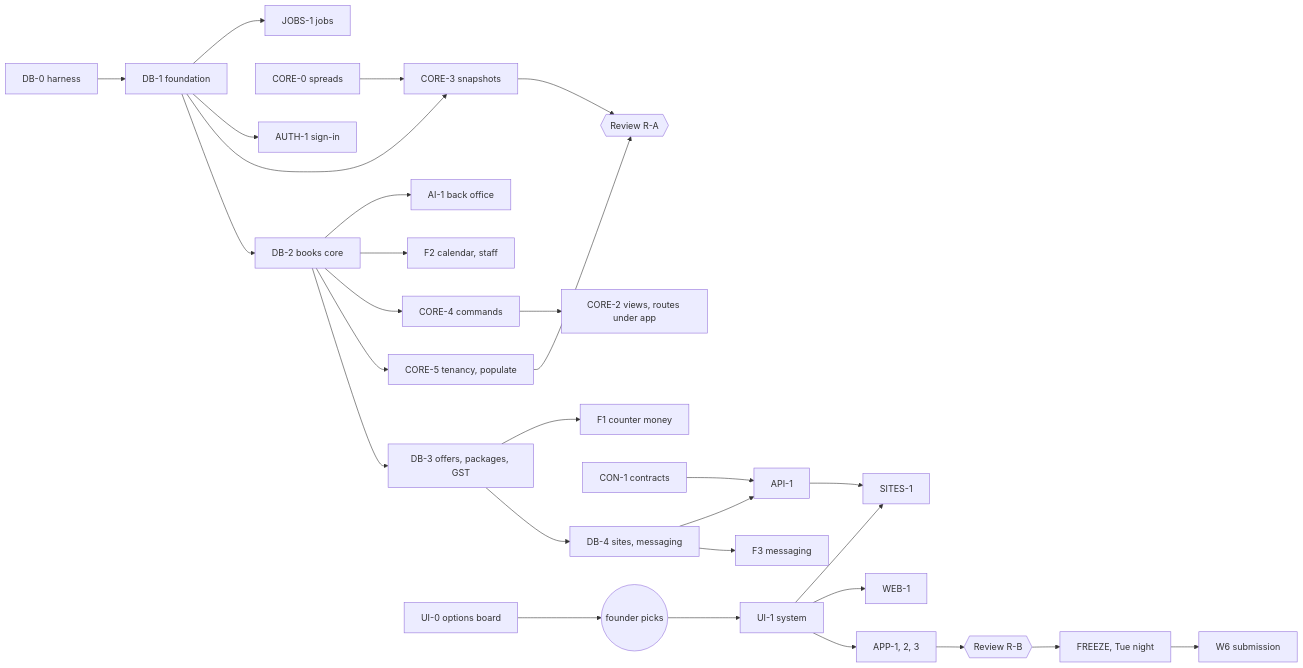
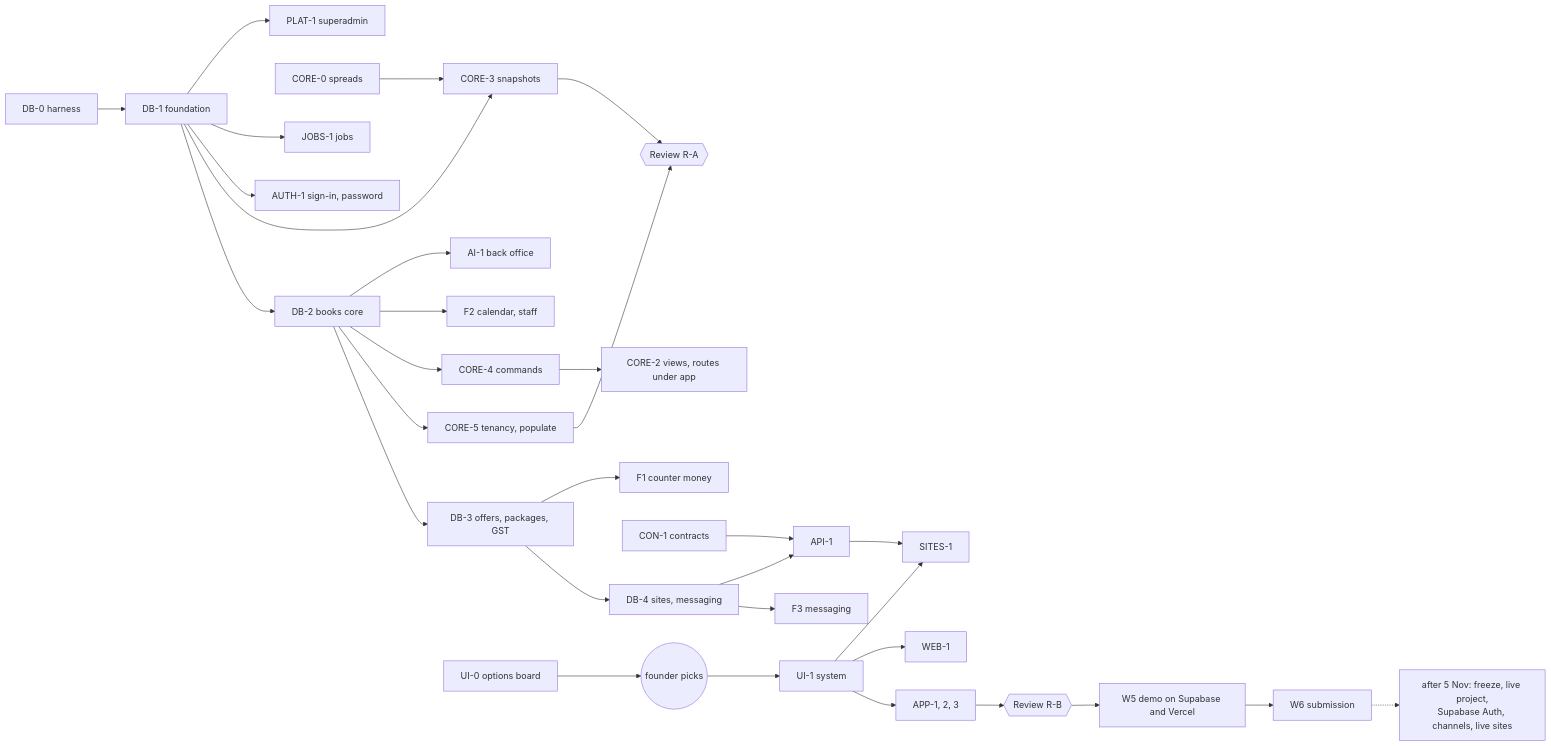
Before and after one commit to SawhneySatvik/munshi: diagram 19 of 19 in docs/BLUEPRINT.md, drawn with Mermaid. The commit also changed other lines of this file, not shown here.

````diff
--- a/docs/BLUEPRINT.md
+++ b/docs/BLUEPRINT.md
@@ -2216,28 +2474,30 @@
 ```mermaid
 flowchart LR
   db0["DB-0 harness"] --> db1["DB-1 foundation"] --> db2["DB-2 books core"] --> db3["DB-3 offers, packages, GST"] --> db4["DB-4 sites, messaging"]
   core0["CORE-0 spreads"] --> core3["CORE-3 snapshots"]
   db1 --> core3
-  db1 --> auth["AUTH-1 sign-in"]
+  db1 --> auth["AUTH-1 sign-in, password"]
   db1 --> jobs["JOBS-1 jobs"]
+  db1 --> plat["PLAT-1 superadmin"]
   db2 --> core5["CORE-5 tenancy, populate"]
   db2 --> core4["CORE-4 commands"]
   core4 --> core2["CORE-2 views, routes under app"]
   db3 --> f1["F1 counter money"]
   db2 --> f2["F2 calendar, staff"]
   db4 --> f3["F3 messaging"]
   db4 --> api["API-1"]
   con["CON-1 contracts"] --> api
   db2 --> ai["AI-1 back office"]
   core3 --> ra{{"Review R-A"}}
   core5 --> ra
   api --> sites["SITES-1"]
   ui0["UI-0 options board"] --> pick(("founder picks"))
   pick --> ui1["UI-1 system"]
   ui1 --> apps["APP-1, 2, 3"]
   ui1 --> web["WEB-1"]
   ui1 --> sites
   apps --> rb{{"Review R-B"}}
-  rb --> freeze["FREEZE, Tue night"]
-  freeze --> sub["W6 submission"]
+  rb --> dep["W5 demo on Supabase and Vercel"]
+  dep --> sub["W6 submission"]
+  sub -.-> live["after 5 Nov: freeze, live project,<br/>Supabase Auth, channels, live sites"]
 ```
````
